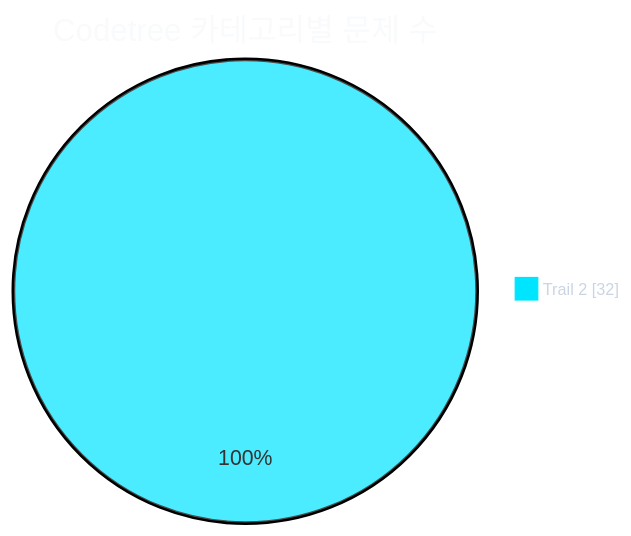
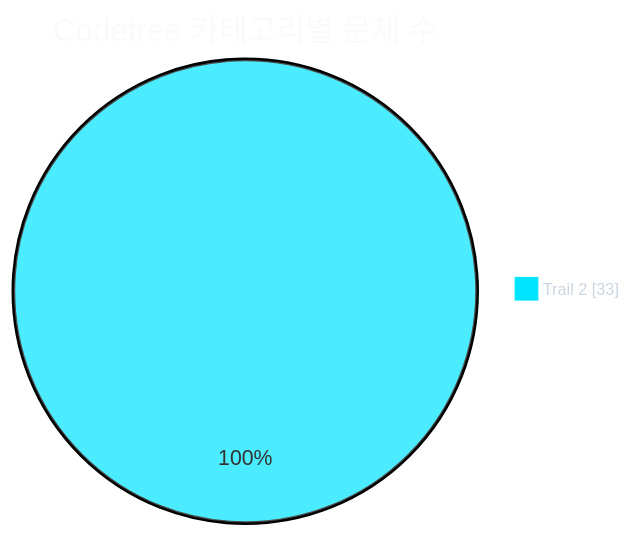
One commit to CHOOSLA/Algorithm changed the first of 2 diagrams in readme.md. Above: the diagram before and after it, drawn with Mermaid. The commit also changed other lines of this file and 2 other files, not shown here.

````diff
--- a/readme.md
+++ b/readme.md
@@ -31,21 +31,21 @@
 ```mermaid
 ---
 config:
   theme: base
   themeVariables:
     background: '#0d1117'
     pieTitleTextColor: '#f8fafc'
     pieLegendTextColor: '#cbd5e1'
     pieLegendTextSize: '13px'
     pie1: '#00e5ff'
     pie2: '#22c55e'
     pie3: '#f59e0b'
     pie4: '#a855f7'
     pie5: '#ec4899'
     pie6: '#3b82f6'
     pie7: '#64748b'
 ---
 pie showData
   title Codetree 카테고리별 문제 수
-  "Trail 2" : 32
+  "Trail 2" : 33
 ```
````
